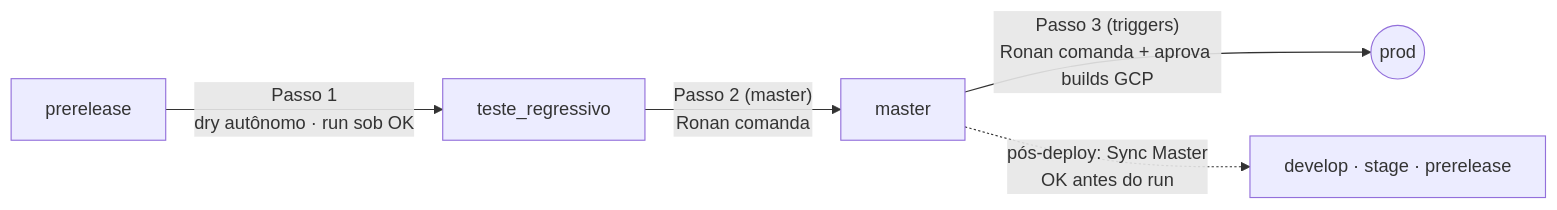
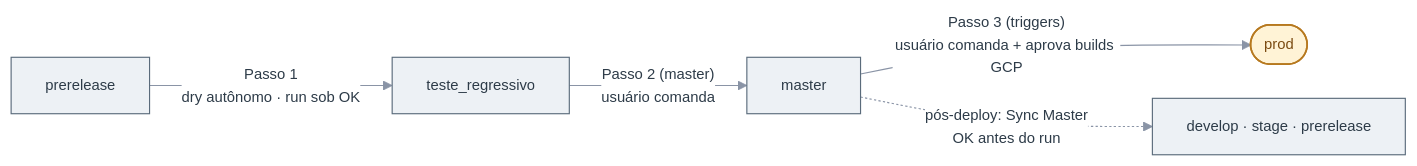
One commit to BertoRcsb/workflow-automation-management changed the third of 4 diagrams in docs/ARQUITETURA.md. Above: the diagram before and after it, drawn with Mermaid. The commit also changed other lines of this file and 57 other files, not shown here.

First line of the commit message:
docs: replace approver name with 'usuário' and restyle all diagrams

````diff
--- a/docs/ARQUITETURA.md
+++ b/docs/ARQUITETURA.md
@@ -102,7 +113,10 @@
 ```mermaid
+%%{init: {"theme":"base","themeVariables":{"fontSize":"13px","lineColor":"#8A94A6","primaryColor":"#EDF1F5","primaryBorderColor":"#5A6B7B","primaryTextColor":"#2D3B48","edgeLabelBackground":"#FFFFFF"},"flowchart":{"curve":"basis","nodeSpacing":30,"rankSpacing":56}}}%%
 flowchart LR
-    P["prerelease"] -- "Passo 1<br>dry autônomo · run sob OK" --> TR["teste_regressivo"]
-    TR -- "Passo 2 (master)<br>Ronan comanda" --> M["master"]
-    M -- "Passo 3 (triggers)<br>Ronan comanda + aprova builds GCP" --> PROD(("prod"))
-    M -. "pós-deploy: Sync Master<br>OK antes do run" .-> D["develop · stage · prerelease"]
+    P["prerelease"]:::io -- "Passo 1<br>dry autônomo · run sob OK" --> TR["teste_regressivo"]:::io
+    TR -- "Passo 2 (master)<br>usuário comanda" --> M["master"]:::io
+    M -- "Passo 3 (triggers)<br>usuário comanda + aprova builds GCP" --> PROD(["prod"]):::humano
+    M -. "pós-deploy: Sync Master<br>OK antes do run" .-> D["develop · stage · prerelease"]:::io
+    classDef humano fill:#FFF3D6,stroke:#B7791F,color:#7B4B12,stroke-width:1.5px
+    classDef io fill:#EDF1F5,stroke:#5A6B7B,color:#2D3B48
 ```
````
